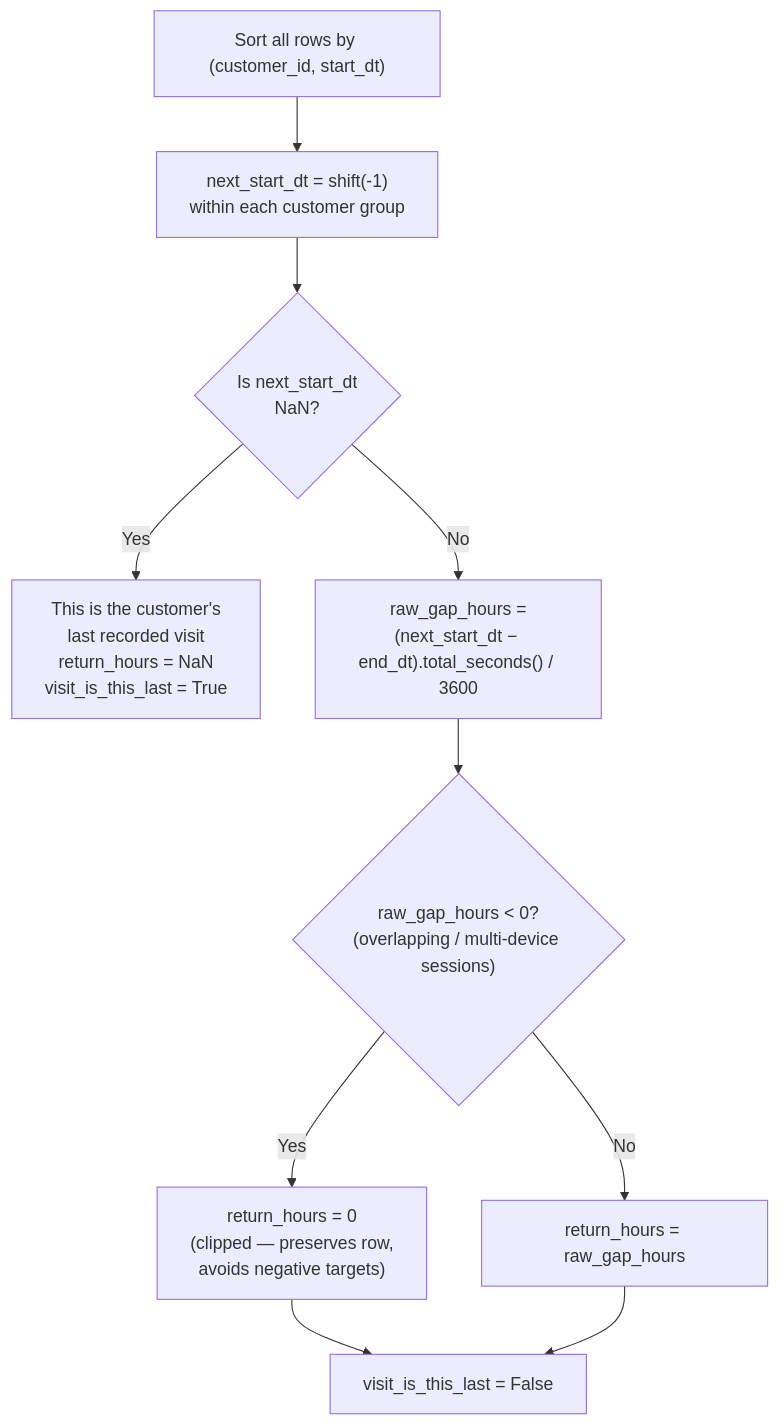
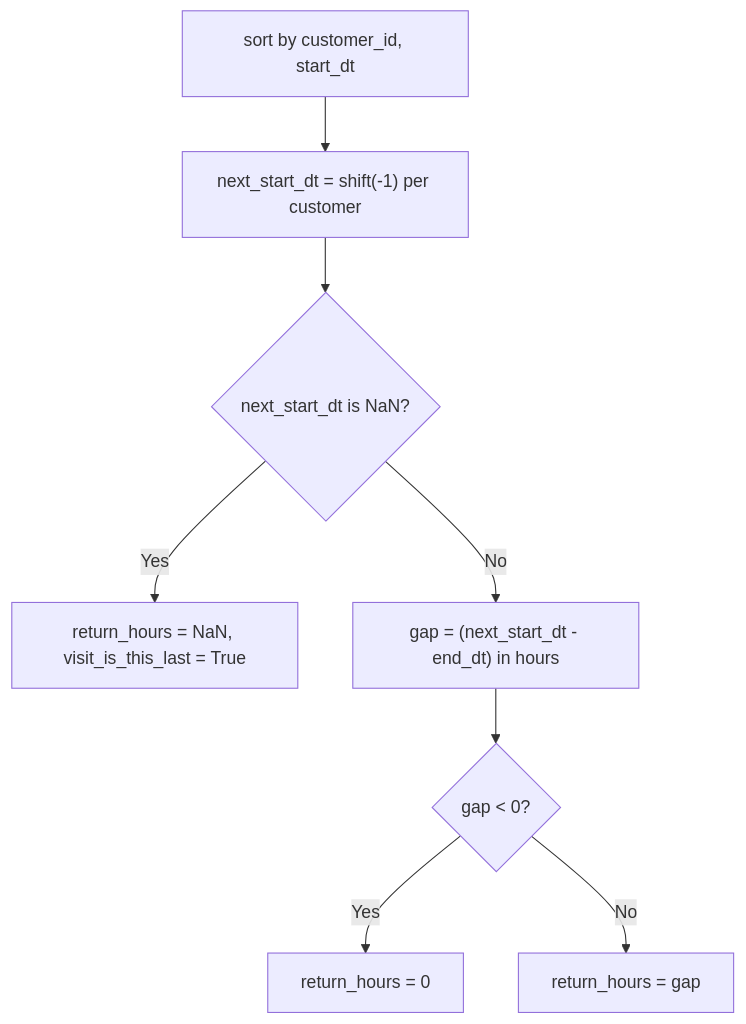
The ninth of 9 diagrams in docs/06_diagrams.md (udit-asopa/data-science-assignment-nosto), drawn with Mermaid before and after one commit. The commit also changed other lines of this file and 1 other file, not shown here.

````diff
--- a/docs/06_diagrams.md
+++ b/docs/06_diagrams.md
@@ -291,18 +224,17 @@
 ```mermaid
 flowchart TD
-    SORT["Sort all rows by (customer_id, start_dt)"]
-    SHIFT["next_start_dt = shift(-1)\nwithin each customer group"]
-    LAST{"Is next_start_dt\nNaN?"}
-    LASTROW["This is the customer's\nlast recorded visit\nreturn_hours = NaN\nvisit_is_this_last = True"]
-    GAP["raw_gap_hours =\n(next_start_dt − end_dt).total_seconds() / 3600"]
-    CLIPQ{"raw_gap_hours < 0?\n(overlapping / multi-device sessions)"}
-    CLIP["return_hours = 0\n(clipped — preserves row,\navoids negative targets)"]
-    USE["return_hours = raw_gap_hours"]
-    FLAG["visit_is_this_last = False"]
+    SORT["sort by customer_id, start_dt"]
+    SHIFT["next_start_dt = shift(-1) per customer"]
+    NULLQ{next_start_dt is NaN?}
+    LAST["return_hours = NaN, visit_is_this_last = True"]
+    GAP["gap = (next_start_dt - end_dt) in hours"]
+    NEGQ{gap < 0?}
+    CLIP["return_hours = 0"]
+    KEEP["return_hours = gap"]
 
-    SORT --> SHIFT --> LAST
-    LAST -->|Yes| LASTROW
-    LAST -->|No| GAP --> CLIPQ
-    CLIPQ -->|Yes| CLIP --> FLAG
-    CLIPQ -->|No| USE --> FLAG
+    SORT --> SHIFT --> NULLQ
+    NULLQ -->|Yes| LAST
+    NULLQ -->|No| GAP --> NEGQ
+    NEGQ -->|Yes| CLIP
+    NEGQ -->|No| KEEP
 ```
````
